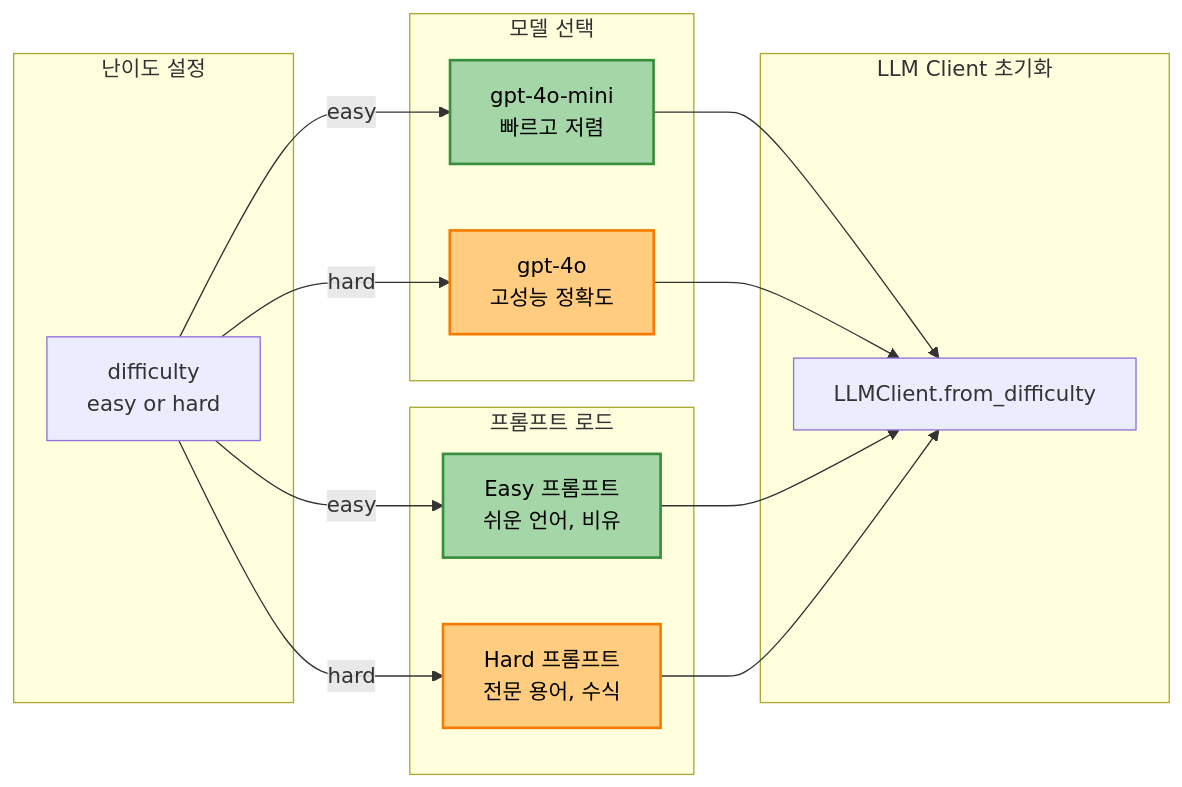
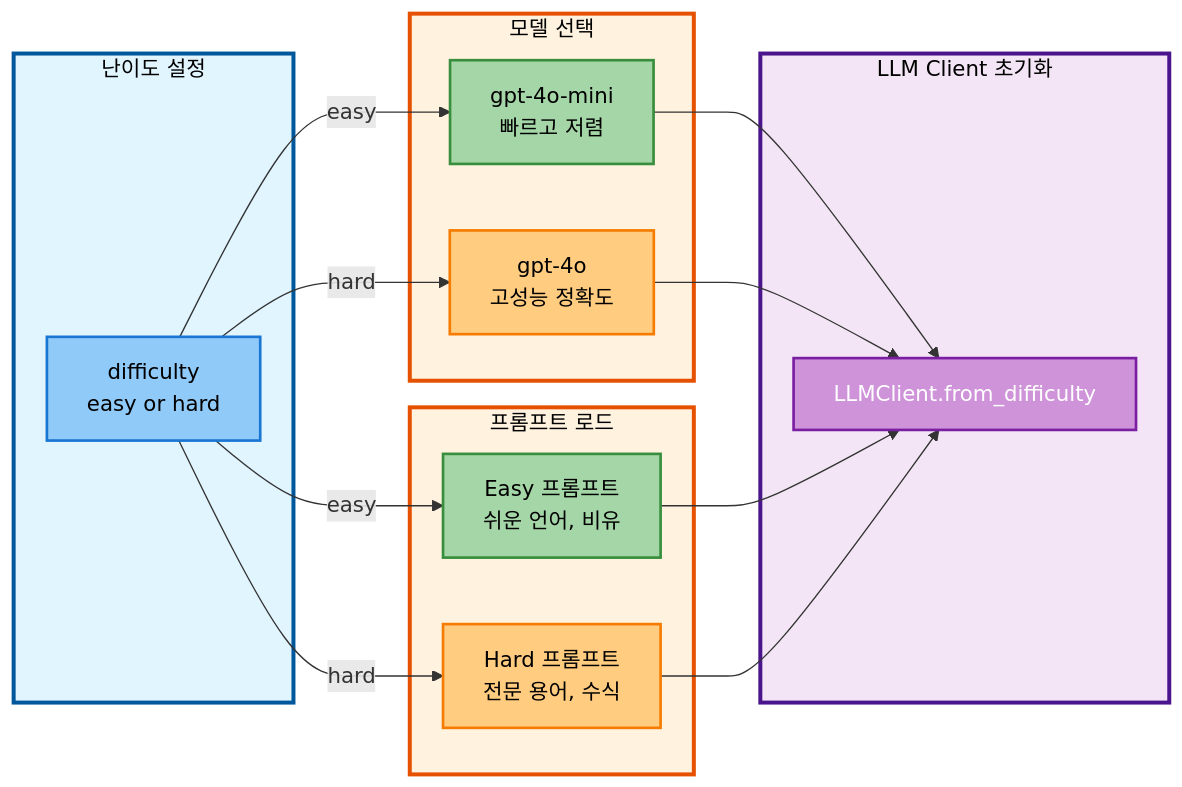
The third of 3 diagrams in docs/issues/04-1_프롬프트_엔지니어링_통합_보고서.md (AIBootcamp14/langchainproject-new-langchainproject_5), drawn with Mermaid before and after one commit. The commit also changed other lines of this file and 1 other file, not shown here.

First line of the commit message:
docs: Mermaid 다이어그램 색상 팔레트 적용 및 통합 상태 업데이트

````diff
--- a/docs/issues/04-1_프롬프트_엔지니어링_통합_보고서.md
+++ b/docs/issues/04-1_프롬프트_엔지니어링_통합_보고서.md
@@ -395,36 +407,47 @@
 ```mermaid
 graph LR
-    subgraph "난이도 설정"
+    subgraph DiffSetting["난이도 설정"]
         Difficulty[difficulty<br/>easy or hard]
     end
 
-    subgraph "LLM Client 초기화"
+    subgraph ClientInit["LLM Client 초기화"]
         LLMClient[LLMClient.from_difficulty]
     end
 
-    subgraph "모델 선택"
+    subgraph ModelSelect["모델 선택"]
         EasyModel[gpt-4o-mini<br/>빠르고 저렴]
         HardModel[gpt-4o<br/>고성능 정확도]
     end
 
-    subgraph "프롬프트 로드"
+    subgraph PromptLoad["프롬프트 로드"]
         EasyPrompt[Easy 프롬프트<br/>쉬운 언어, 비유]
         HardPrompt[Hard 프롬프트<br/>전문 용어, 수식]
     end
 
     Difficulty -->|"easy"| EasyModel
     Difficulty -->|"hard"| HardModel
     Difficulty -->|"easy"| EasyPrompt
     Difficulty -->|"hard"| HardPrompt
 
     EasyModel --> LLMClient
     HardModel --> LLMClient
     EasyPrompt --> LLMClient
     HardPrompt --> LLMClient
 
+    %% Subgraph 스타일 (색상 팔레트)
+    style DiffSetting fill:#e1f5ff,stroke:#01579b,stroke-width:3px,color:#000
+    style ClientInit fill:#f3e5f5,stroke:#4a148c,stroke-width:3px,color:#000
+    style ModelSelect fill:#fff3e0,stroke:#e65100,stroke-width:3px,color:#000
+    style PromptLoad fill:#fff3e0,stroke:#e65100,stroke-width:3px,color:#000
+
+    %% 노드 클래스 정의
+    classDef difficulty fill:#90caf9,stroke:#1976d2,stroke-width:2px,color:#000
+    classDef client fill:#ce93d8,stroke:#7b1fa2,stroke-width:2px,color:#fff
     classDef easy fill:#a5d6a7,stroke:#388e3c,stroke-width:2px,color:#000
     classDef hard fill:#ffcc80,stroke:#f57c00,stroke-width:2px,color:#000
 
+    class Difficulty difficulty
+    class LLMClient client
     class EasyModel,EasyPrompt easy
     class HardModel,HardPrompt hard
 ```
````
